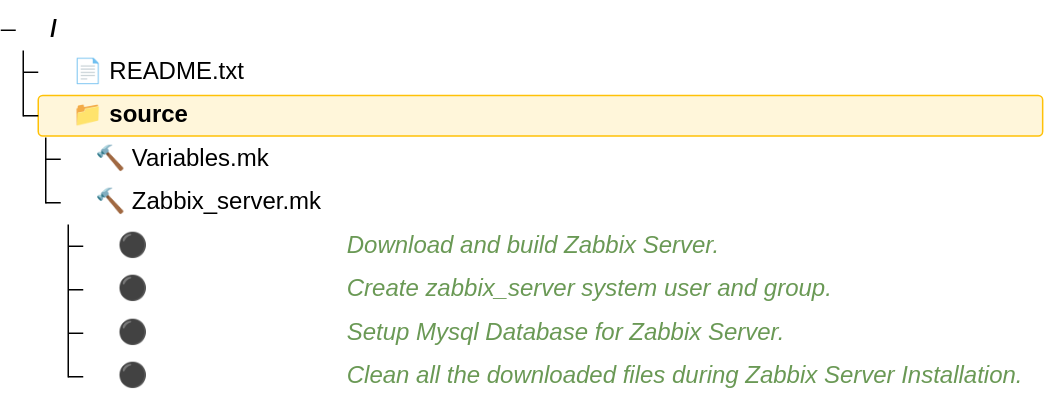
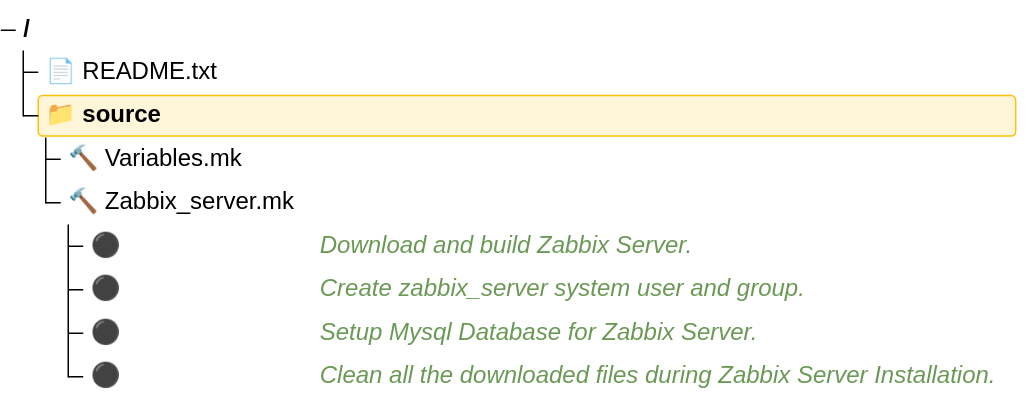
The diagram in README.md (Zai4ikManiak/Cyber-Security-Study), drawn with Mermaid before and after one commit.

Commit message:
modified:   README.md

````diff
--- a/README.md
+++ b/README.md
@@ -2,17 +2,17 @@
 ```mermaid
 ---
 config:
     treeView:
-        showIcons: true
+        showIcons: false
         defaultIconPack: material-icon-theme
 ---
 treeView-beta
     📄 README.txt
     📁 source/ :::highlight
         🔨 Variables.mk
         🔨 Zabbix_server.mk
             ⚫ ## Download and build Zabbix Server.
             ⚫ ## Create zabbix_server system user and group.
             ⚫ ## Setup Mysql Database for Zabbix Server.
             ⚫ ## Clean all the downloaded files during Zabbix Server Installation.
 ```
````
